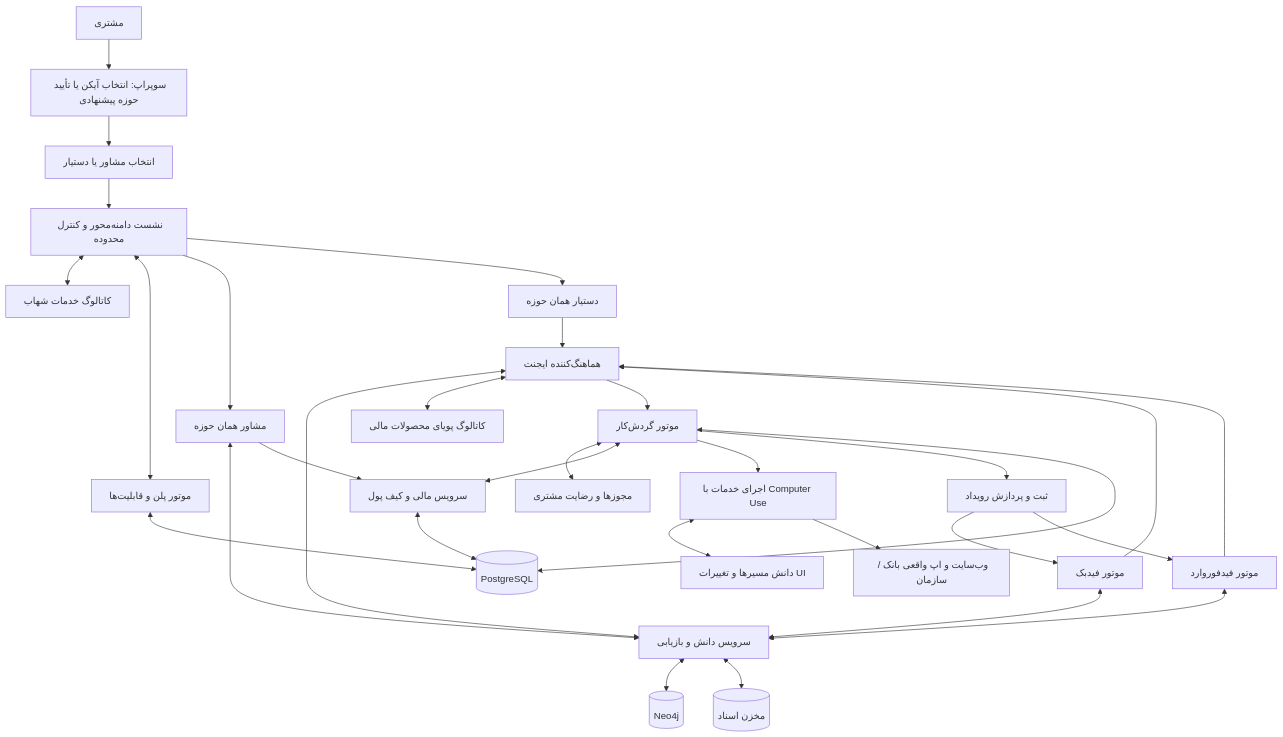
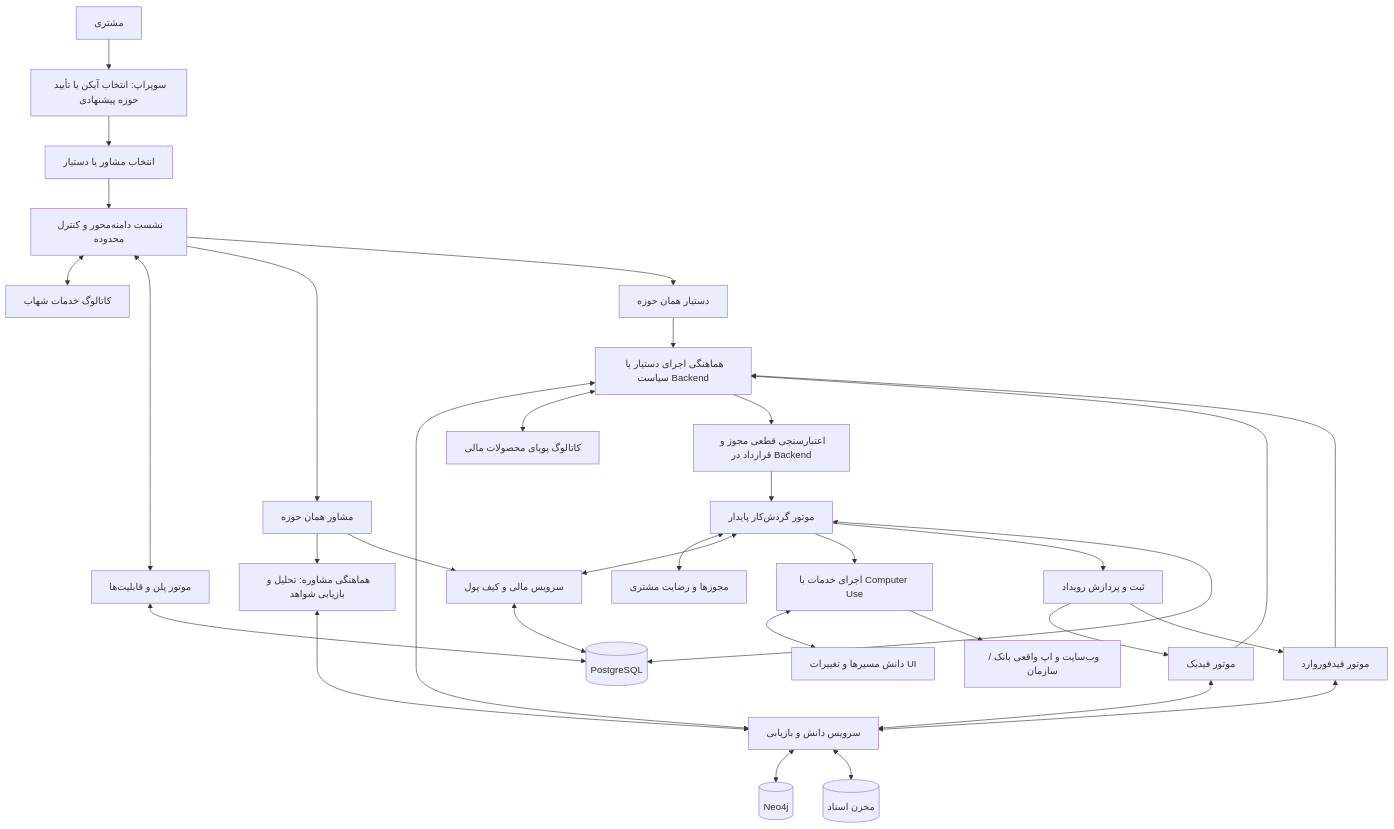
The fourth of 26 diagrams in docs/SHAHAB_PHASE_2_DEVELOPMENT_BLUEPRINT.md (Brotherlouiee/shahab-demo), drawn with Mermaid before and after one commit. The commit also changed other lines of this file, not shown here.

````diff
--- a/docs/SHAHAB_PHASE_2_DEVELOPMENT_BLUEPRINT.md
+++ b/docs/SHAHAB_PHASE_2_DEVELOPMENT_BLUEPRINT.md
@@ -792,33 +792,35 @@
 ```mermaid
 flowchart TB
     U["مشتری"] --> UI["سوپراپ: انتخاب آیکن یا تأیید حوزه پیشنهادی"]
     UI --> MODE["انتخاب مشاور یا دستیار"]
     MODE --> SCOPE["نشست دامنه‌محور و کنترل محدوده"]
     SCOPE <--> CAT["کاتالوگ خدمات شهاب"]
     SCOPE <--> ENT["موتور پلن و قابلیت‌ها"]
     SCOPE --> ADV["مشاور همان حوزه"]
     SCOPE --> AST["دستیار همان حوزه"]
-    ADV <--> KNOW["سرویس دانش و بازیابی"]
+    ADV --> AR["هماهنگی مشاوره: تحلیل و بازیابی شواهد"]
+    AR <--> KNOW["سرویس دانش و بازیابی"]
     ADV --> BILL["سرویس مالی و کیف پول"]
-    AST --> ORC["هماهنگ‌کننده ایجنت"]
+    AST --> ORC["هماهنگی اجرای دستیار با سیاست Backend"]
     ORC <--> KNOW
     ORC <--> PCAT["کاتالوگ پویای محصولات مالی"]
-    ORC --> WF["موتور گردش‌کار"]
+    ORC --> GATE["اعتبارسنجی قطعی مجوز و قرارداد در Backend"]
+    GATE --> WF["موتور گردش‌کار پایدار"]
     WF <--> AUTH["مجوزها و رضایت مشتری"]
     WF <--> BILL
     WF --> CU["اجرای خدمات با Computer Use"]
     CU <--> UIM["دانش مسیرها و تغییرات UI"]
     CU --> BANK["وب‌سایت و اپ واقعی بانک / سازمان"]
     WF --> EVT["ثبت و پردازش رویداد"]
     EVT --> FB["موتور فیدبک"]
     EVT --> FF["موتور فیدفوروارد"]
     FB <--> KNOW
     FF <--> KNOW
     FB --> ORC
     FF --> ORC
     WF <--> PG[("PostgreSQL")]
     ENT <--> PG
     BILL <--> PG
     KNOW <--> GRAPH[("Neo4j")]
     KNOW <--> DOC[("مخزن اسناد")]
 ```
````
